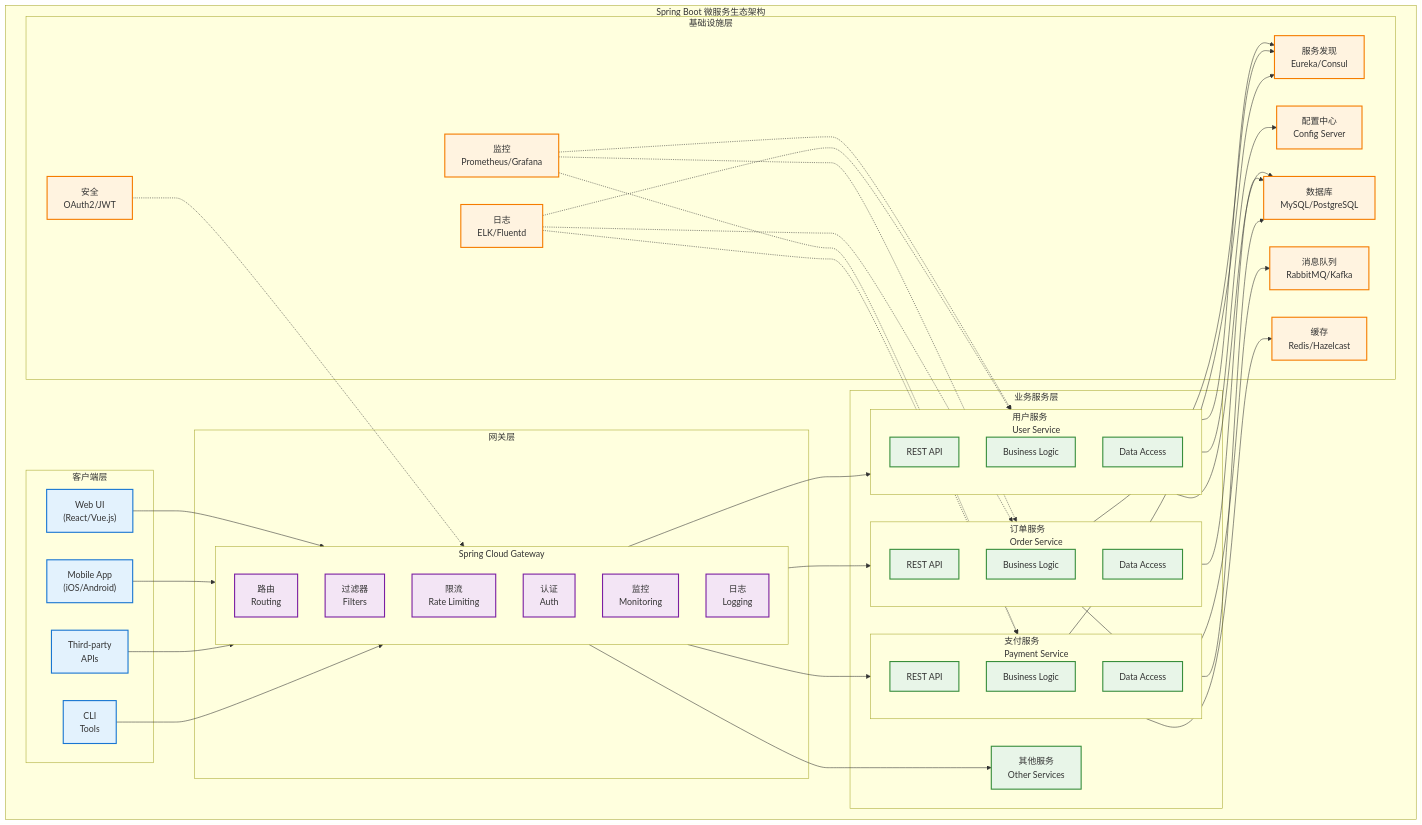
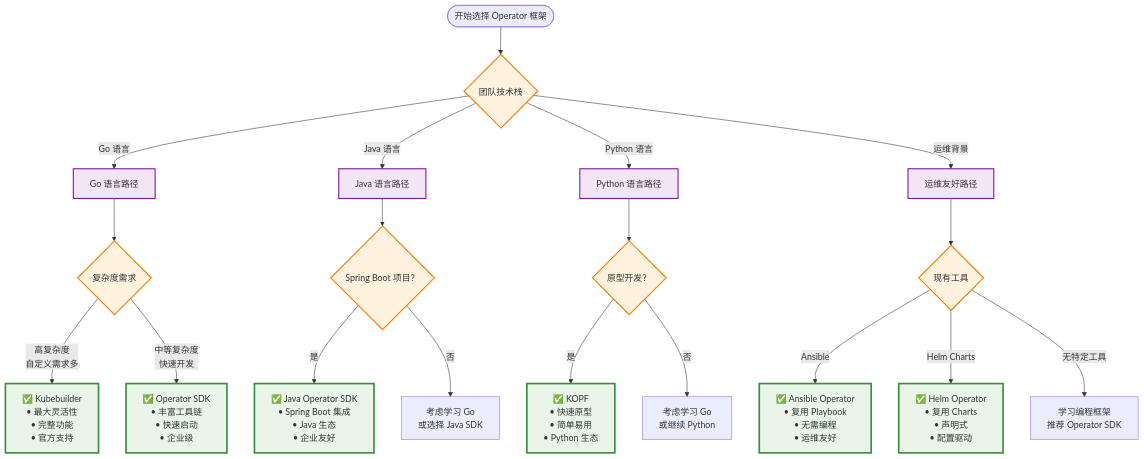
The fifth of 16 diagrams in Advanced-Topics/operator/Spring-Boot-Operator.md (leonstack/kubernetes-hands-on-course), drawn with Mermaid before and after one commit. The commit also changed other lines of this file, not shown here.

````diff
--- a/Advanced-Topics/operator/Spring-Boot-Operator.md
+++ b/Advanced-Topics/operator/Spring-Boot-Operator.md
@@ -402,102 +549,35 @@
 ```mermaid
-graph TB
-    subgraph "Spring Boot 微服务生态架构"
-        subgraph client ["客户端层"]
-            WebUI["Web UI<br/>(React/Vue.js)"]
-            MobileApp["Mobile App<br/>(iOS/Android)"]
-            ThirdParty["Third-party<br/>APIs"]
-            CLI["CLI<br/>Tools"]
-        end
-        
-        subgraph gateway ["网关层"]
-            subgraph scg ["Spring Cloud Gateway"]
-                Routing["路由<br/>Routing"]
-                Filters["过滤器<br/>Filters"]
-                RateLimit["限流<br/>Rate Limiting"]
-                Auth["认证<br/>Auth"]
-                Monitoring["监控<br/>Monitoring"]
-                Logging["日志<br/>Logging"]
-            end
-        end
-        
-        subgraph services ["业务服务层"]
-            subgraph UserService ["用户服务<br/>User Service"]
-                UserAPI["REST API"]
-                UserLogic["Business Logic"]
-                UserData["Data Access"]
-            end
-            
-            subgraph OrderService ["订单服务<br/>Order Service"]
-                OrderAPI["REST API"]
-                OrderLogic["Business Logic"]
-                OrderData["Data Access"]
-            end
-            
-            subgraph PaymentService ["支付服务<br/>Payment Service"]
-                PaymentAPI["REST API"]
-                PaymentLogic["Business Logic"]
-                PaymentData["Data Access"]
-            end
-            
-            OtherServices["其他服务<br/>Other Services"]
-        end
-        
-        subgraph infrastructure ["基础设施层"]
-            ServiceDiscovery["服务发现<br/>Eureka/Consul"]
-            ConfigCenter["配置中心<br/>Config Server"]
-            MessageQueue["消息队列<br/>RabbitMQ/Kafka"]
-            Cache["缓存<br/>Redis/Hazelcast"]
-            Database["数据库<br/>MySQL/PostgreSQL"]
-            Monitor["监控<br/>Prometheus/Grafana"]
-            LogSystem["日志<br/>ELK/Fluentd"]
-            Security["安全<br/>OAuth2/JWT"]
-        end
-    end
+flowchart TD
+    Start(["开始选择 Operator 框架"]) --> TeamSkill{"团队技术栈"}
     
-    %% 客户端到网关的连接
-    WebUI --> scg
-    MobileApp --> scg
-    ThirdParty --> scg
-    CLI --> scg
+    TeamSkill -->|Go 语言| GoPath["Go 语言路径"]
+    TeamSkill -->|Java 语言| JavaPath["Java 语言路径"]
+    TeamSkill -->|Python 语言| PythonPath["Python 语言路径"]
+    TeamSkill -->|运维背景| OpsPath["运维友好路径"]
     
-    %% 网关到服务的连接
-    scg --> UserService
-    scg --> OrderService
-    scg --> PaymentService
-    scg --> OtherServices
+    GoPath --> Complexity{"复杂度需求"}
+    Complexity -->|高复杂度<br/>自定义需求多| Kubebuilder["✅ Kubebuilder<br/>• 最大灵活性<br/>• 完整功能<br/>• 官方支持"]
+    Complexity -->|中等复杂度<br/>快速开发| OperatorSDK["✅ Operator SDK<br/>• 丰富工具链<br/>• 快速启动<br/>• 企业级"]
     
-    %% 服务到基础设施的连接
-    UserService --> ServiceDiscovery
-    UserService --> ConfigCenter
-    UserService --> Database
+    JavaPath --> SpringBoot{"Spring Boot 项目？"}
+    SpringBoot -->|是| JavaOperatorSDK["✅ Java Operator SDK<br/>• Spring Boot 集成<br/>• Java 生态<br/>• 企业友好"]
+    SpringBoot -->|否| LearnGo["考虑学习 Go<br/>或选择 Java SDK"]
     
-    OrderService --> ServiceDiscovery
-    OrderService --> MessageQueue
-    OrderService --> Database
+    PythonPath --> Prototype{"原型开发？"}
+    Prototype -->|是| KOPF["✅ KOPF<br/>• 快速原型<br/>• 简单易用<br/>• Python 生态"]
+    Prototype -->|否| ConsiderGo["考虑学习 Go<br/>或继续 Python"]
     
-    PaymentService --> ServiceDiscovery
-    PaymentService --> Cache
-    PaymentService --> Database
-    
-    %% 基础设施内部连接
-    Monitor -.-> UserService
-    Monitor -.-> OrderService
-    Monitor -.-> PaymentService
-    
-    LogSystem -.-> UserService
-    LogSystem -.-> OrderService
-    LogSystem -.-> PaymentService
-    
-    Security -.-> scg
+    OpsPath --> ExistingTools{"现有工具"}
+    ExistingTools -->|Ansible| AnsibleOperator["✅ Ansible Operator<br/>• 复用 Playbook<br/>• 无需编程<br/>• 运维友好"]
+    ExistingTools -->|Helm Charts| HelmOperator["✅ Helm Operator<br/>• 复用 Charts<br/>• 声明式<br/>• 配置驱动"]
+    ExistingTools -->|无特定工具| LearnFramework["学习编程框架<br/>推荐 Operator SDK"]
     
     %% 样式定义
-    classDef clientStyle fill:#e3f2fd,stroke:#1976d2,stroke-width:2px
-    classDef gatewayStyle fill:#f3e5f5,stroke:#7b1fa2,stroke-width:2px
-    classDef serviceStyle fill:#e8f5e8,stroke:#388e3c,stroke-width:2px
-    classDef infraStyle fill:#fff3e0,stroke:#f57c00,stroke-width:2px
+    classDef decisionStyle fill:#fff3e0,stroke:#f57c00,stroke-width:2px
+    classDef recommendStyle fill:#e8f5e8,stroke:#388e3c,stroke-width:3px
+    classDef pathStyle fill:#f3e5f5,stroke:#7b1fa2,stroke-width:2px
     
-    class WebUI,MobileApp,ThirdParty,CLI clientStyle
-    class Routing,Filters,RateLimit,Auth,Monitoring,Logging gatewayStyle
-    class UserAPI,UserLogic,UserData,OrderAPI,OrderLogic,OrderData,PaymentAPI,PaymentLogic,PaymentData,OtherServices serviceStyle
-    class ServiceDiscovery,ConfigCenter,MessageQueue,Cache,Database,Monitor,LogSystem,Security infraStyle
+    class TeamSkill,Complexity,SpringBoot,Prototype,ExistingTools decisionStyle
+    class Kubebuilder,OperatorSDK,JavaOperatorSDK,KOPF,AnsibleOperator,HelmOperator recommendStyle
+    class GoPath,JavaPath,PythonPath,OpsPath pathStyle
 ```
````
